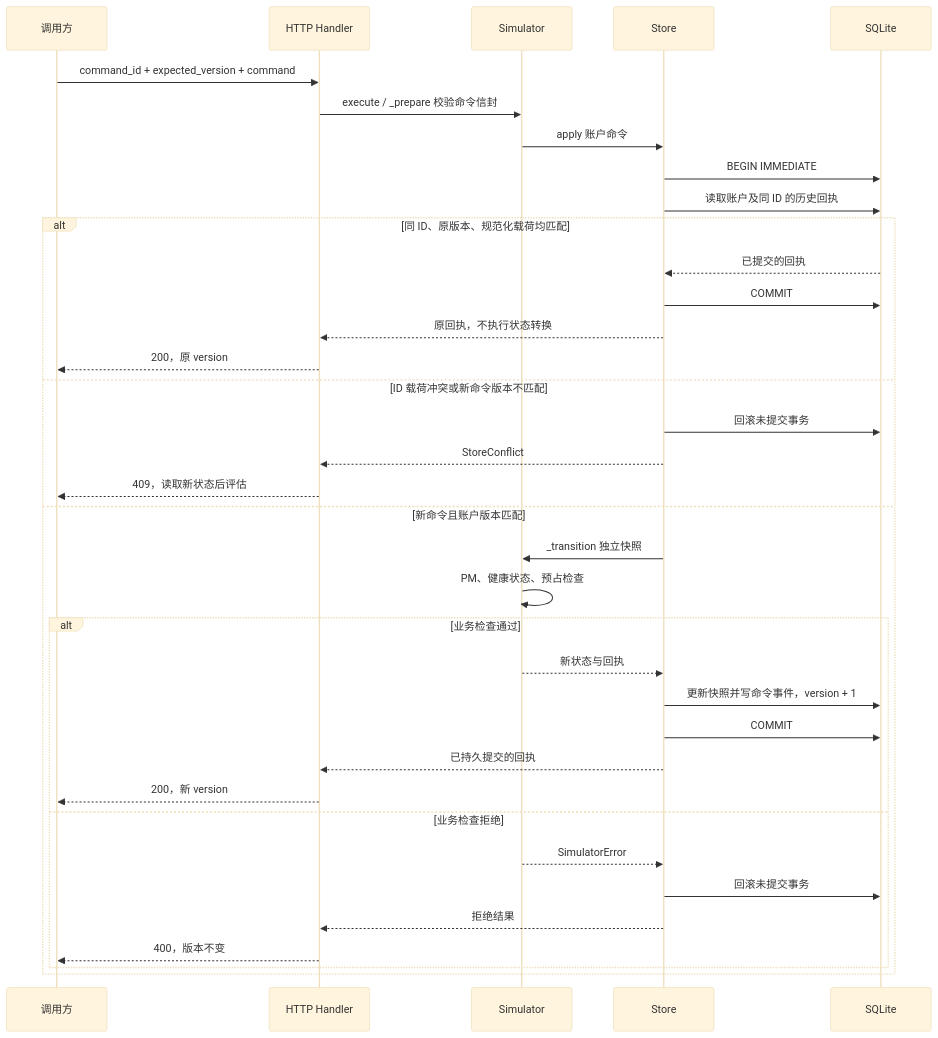
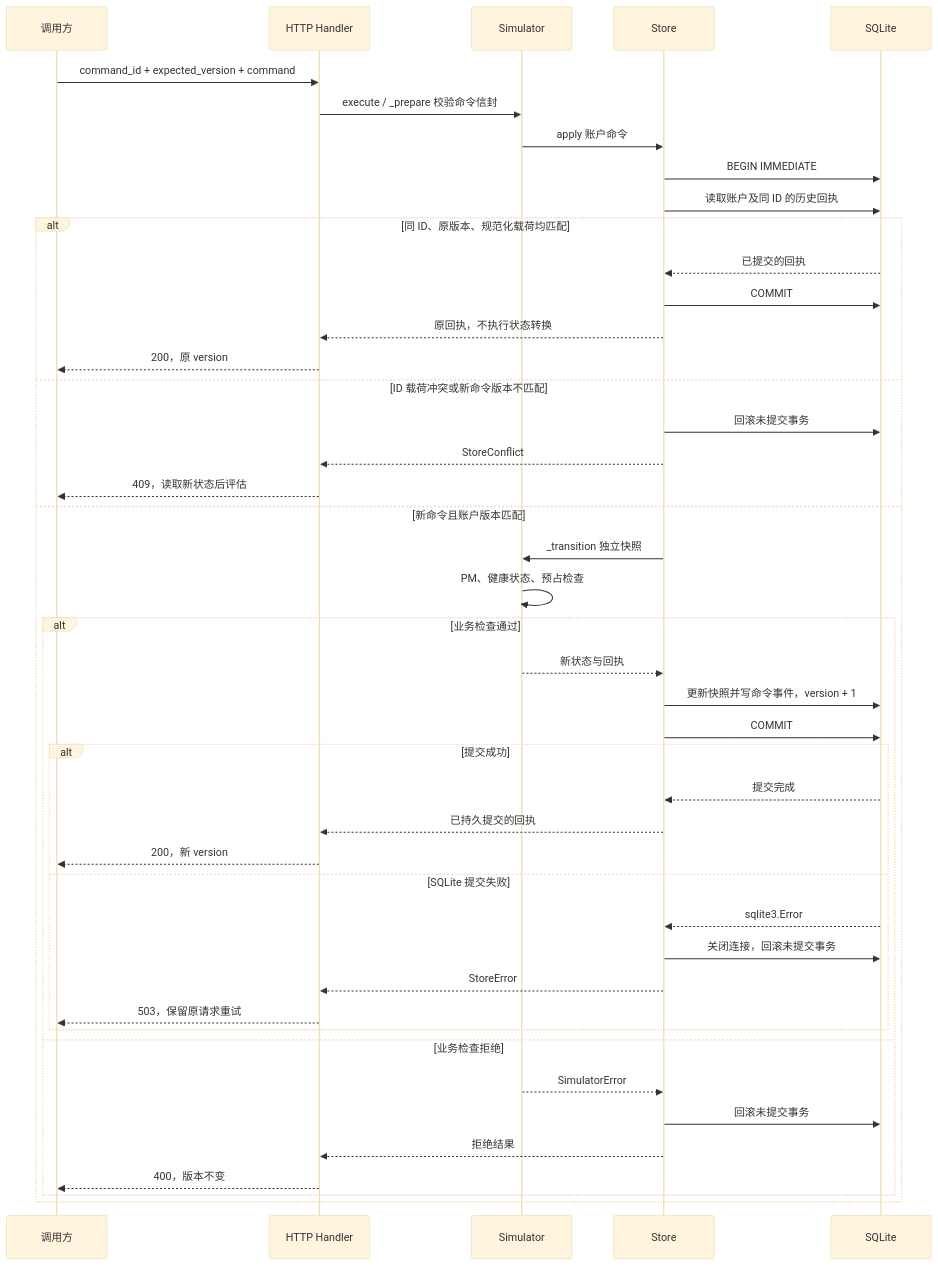
The second of 3 diagrams in docs/architecture.md (PureGamma-Harness/uta-unified-account), drawn with Mermaid (base theme) before and after one commit. The commit also changed other lines of this file and 2 other files, not shown here.

Commit message:
test: verify SQLite commit failure rollback and idempotent recovery
Exercise real deferred foreign-key failures at COMMIT for single commands,
same-file batches and independent shard groups. Confirm rollback through
reopened snapshots and events, then retry original requests without executing
already committed shard commands again. Observe real COMMIT statements instead
of mocking the commit exception.

Update the transaction sequence, shard flow and verification scope to show
commit failure and recovery boundaries. Runtime modules are unchanged.

Validation: 72 unittest tests, demo, four-shard scenario/replay and bounded
reservation exploration passed on Python 3.12.14. All 3 new tests reject a
negative-control mutation that swallows SQLite commit errors. Checked 100
relative links and 8 JSON examples; parsed/rendered all 11 Mermaid diagrams
and visually inspected both updated diagrams. TLC and benchmarks were not run.

````diff
--- a/docs/architecture.md
+++ b/docs/architecture.md
@@ -40,38 +40,46 @@
 ```mermaid
 sequenceDiagram
     participant C as 调用方
     participant H as HTTP Handler
     participant S as Simulator
     participant T as Store
     participant D as SQLite
     C->>H: command_id + expected_version + command
     H->>S: execute / _prepare 校验命令信封
     S->>T: apply 账户命令
     T->>D: BEGIN IMMEDIATE
     T->>D: 读取账户及同 ID 的历史回执
     alt 同 ID、原版本、规范化载荷均匹配
         D-->>T: 已提交的回执
         T->>D: COMMIT
         T-->>H: 原回执，不执行状态转换
         H-->>C: 200，原 version
     else ID 载荷冲突或新命令版本不匹配
         T->>D: 回滚未提交事务
         T-->>H: StoreConflict
         H-->>C: 409，读取新状态后评估
     else 新命令且账户版本匹配
         T->>S: _transition 独立快照
         S->>S: PM、健康状态、预占检查
         alt 业务检查通过
             S-->>T: 新状态与回执
             T->>D: 更新快照并写命令事件，version + 1
             T->>D: COMMIT
-            T-->>H: 已持久提交的回执
-            H-->>C: 200，新 version
+            alt 提交成功
+                D-->>T: 提交完成
+                T-->>H: 已持久提交的回执
+                H-->>C: 200，新 version
+            else SQLite 提交失败
+                D-->>T: sqlite3.Error
+                T->>D: 关闭连接，回滚未提交事务
+                T-->>H: StoreError
+                H-->>C: 503，保留原请求重试
+            end
         else 业务检查拒绝
             S-->>T: SimulatorError
             T->>D: 回滚未提交事务
             T-->>H: 拒绝结果
             H-->>C: 400，版本不变
         end
     end
 ```
````
